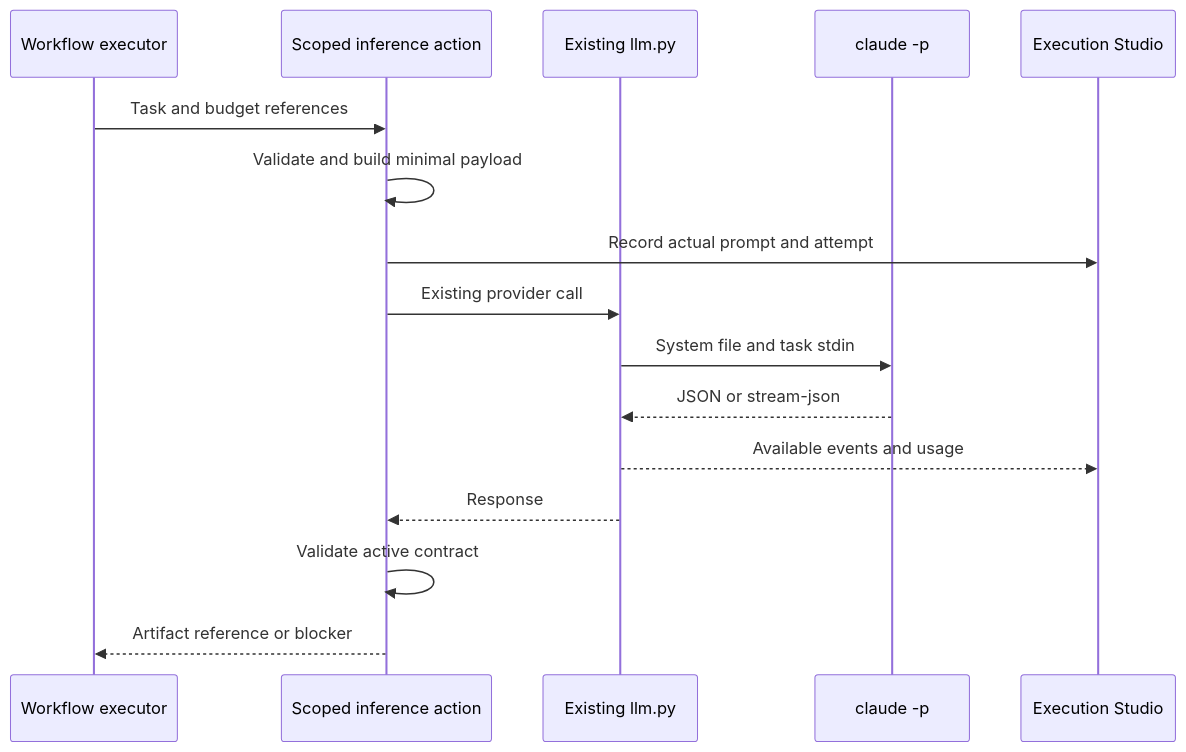
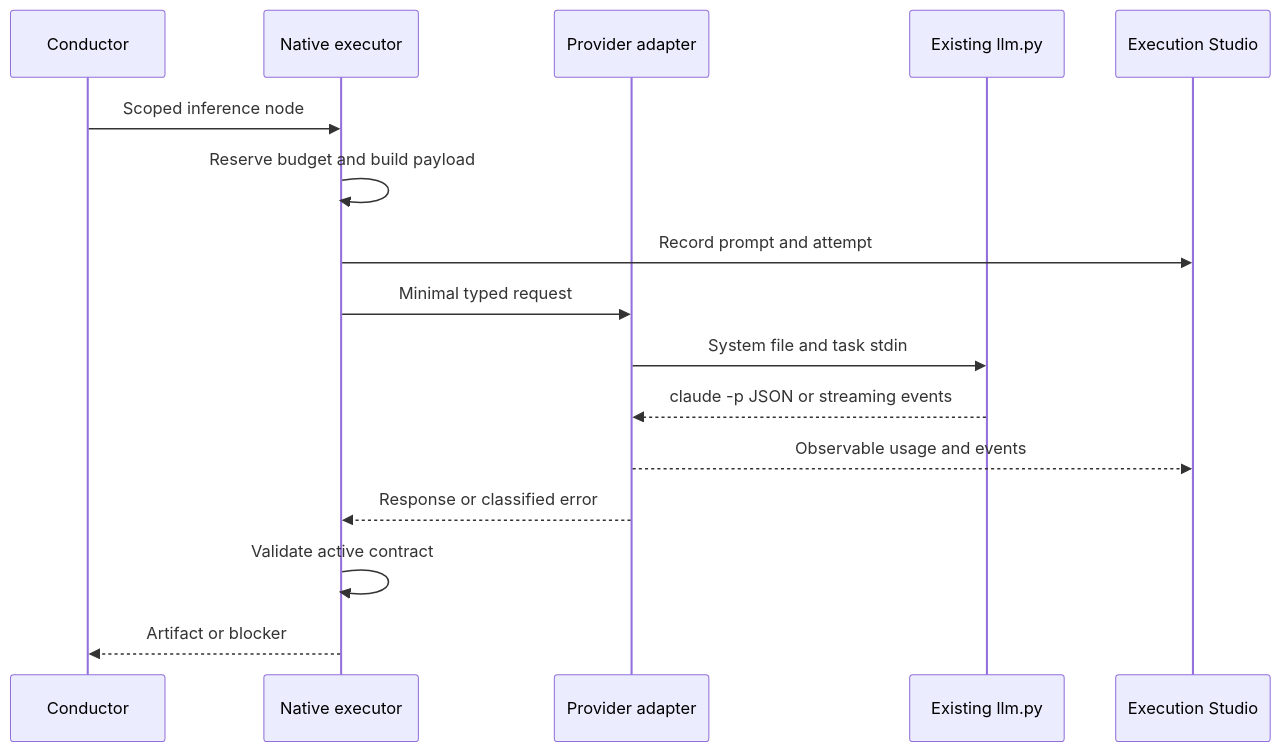
One commit to vsalesa/tidal-studio changed diagram 17 of 24 in docs/maestro-v2/EXECUTION_STUDIO_LEARNING_V24.en.md. Above: the diagram before and after it, drawn with Mermaid. The commit also changed other lines of this file, not shown here.

Commit message:
docs: specify approved portable Maestro Core, native orchestration engine and JSON-compatible serialization

````diff
--- a/docs/maestro-v2/EXECUTION_STUDIO_LEARNING_V24.en.md
+++ b/docs/maestro-v2/EXECUTION_STUDIO_LEARNING_V24.en.md
@@ -573,18 +779,18 @@
 ```mermaid
 sequenceDiagram
- participant G as Workflow executor
- participant N as Scoped inference action
+ participant C as Conductor
+ participant X as Native executor
+ participant P as Provider adapter
  participant L as Existing llm.py
- participant C as claude -p
  participant E as Execution Studio
- G->>N: Task and budget references
- N->>N: Validate and build minimal payload
- N->>E: Record actual prompt and attempt
- N->>L: Existing provider call
- L->>C: System file and task stdin
- C-->>L: JSON or stream-json
- L-->>E: Available events and usage
- L-->>N: Response
- N->>N: Validate active contract
- N-->>G: Artifact reference or blocker
+ C->>X: Scoped inference node
+ X->>X: Reserve budget and build payload
+ X->>E: Record prompt and attempt
+ X->>P: Minimal typed request
+ P->>L: System file and task stdin
+ L-->>P: claude -p JSON or streaming events
+ P-->>E: Observable usage and events
+ P-->>X: Response or classified error
+ X->>X: Validate active contract
+ X-->>C: Artifact or blocker
 ```
````
